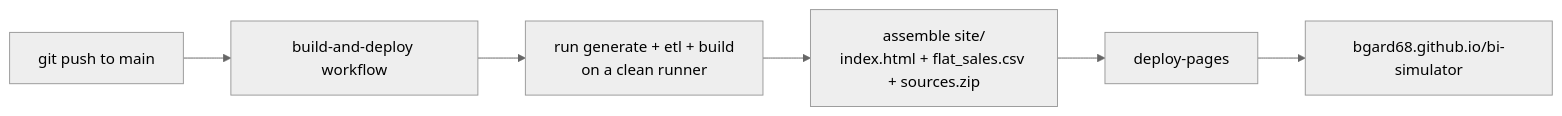
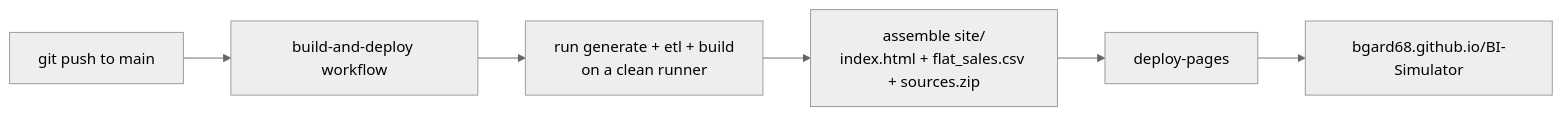
The second of 2 diagrams in docs/ARCHITECTURE.md (bgard68/BI-Simulator), drawn with Mermaid (neutral theme) before and after one commit. The commit also changed 3 other files, not shown here.

````diff
--- a/docs/ARCHITECTURE.md
+++ b/docs/ARCHITECTURE.md
@@ -155,8 +155,8 @@
 ```mermaid
 flowchart LR
   P[git push to main] --> A[build-and-deploy workflow]
   A --> R["run generate + etl + build<br>on a clean runner"]
   R --> Z["assemble site/<br>index.html + flat_sales.csv + sources.zip"]
   Z --> D[deploy-pages]
-  D --> L[bgard68.github.io/bi-simulator]
+  D --> L[bgard68.github.io/BI-Simulator]
 ```
````
